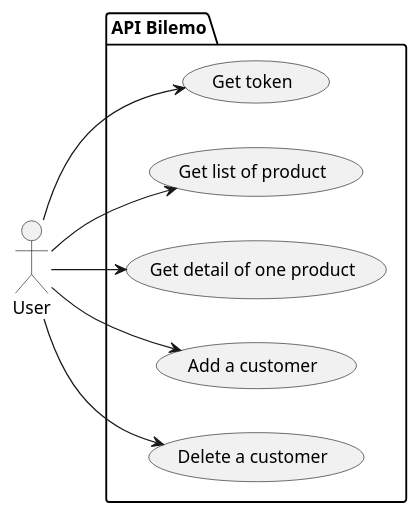
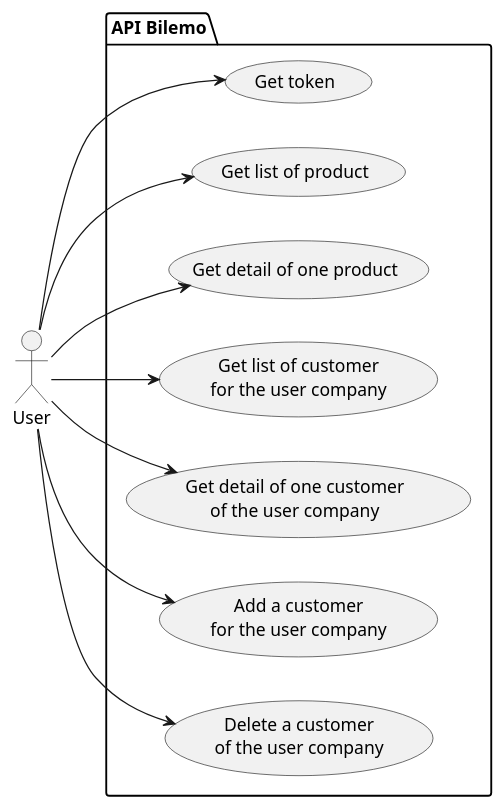
Before and after one commit to clopenclassrooms/p7: the diagram in UML/src/userCase.plantuml, drawn with PlantUML. The commit also changed 1 other file, not shown here.

```diff
--- a/UML/src/userCase.plantuml
+++ b/UML/src/userCase.plantuml
@@ -1,18 +1,22 @@
 @startuml ""
 left to right direction
 actor User as g
 
 package "API Bilemo" {
   usecase "Get token" as UC1
   usecase "Get list of product" as UC2
   usecase "Get detail of one product" as UC3
-  usecase "Add a customer" as UC4
-  usecase "Delete a customer" as UC5
+  usecase "Get list of customer\nfor the user company" as UC4
+  usecase "Get detail of one customer\nof the user company" as UC5
+  usecase "Add a customer\nfor the user company" as UC6
+  usecase "Delete a customer\nof the user company" as UC7
 }
 
 g --> UC1
 g --> UC2
 g --> UC3
 g --> UC4
 g --> UC5
+g --> UC6
+g --> UC7
 @enduml
```
